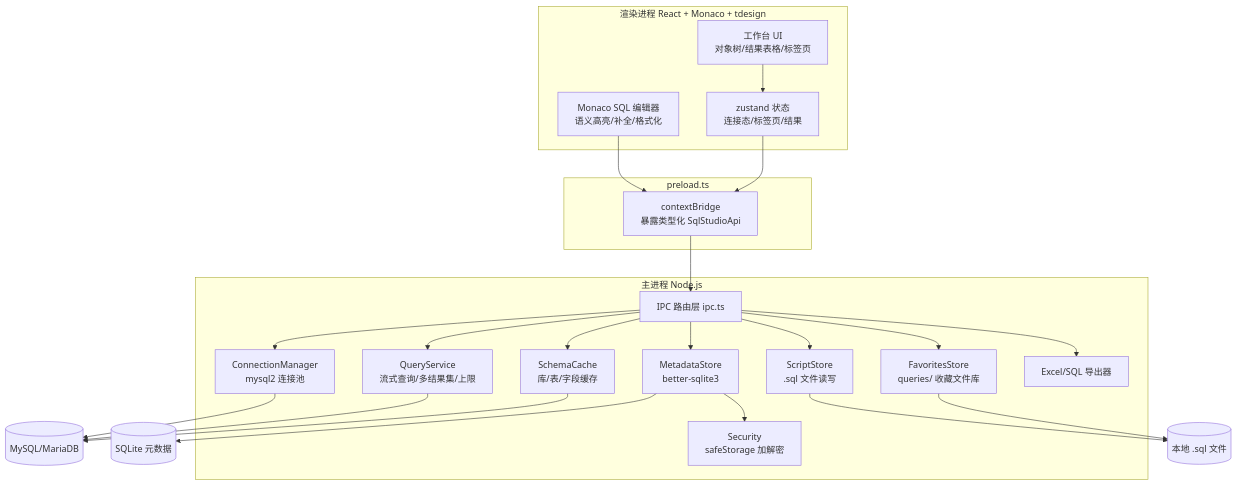
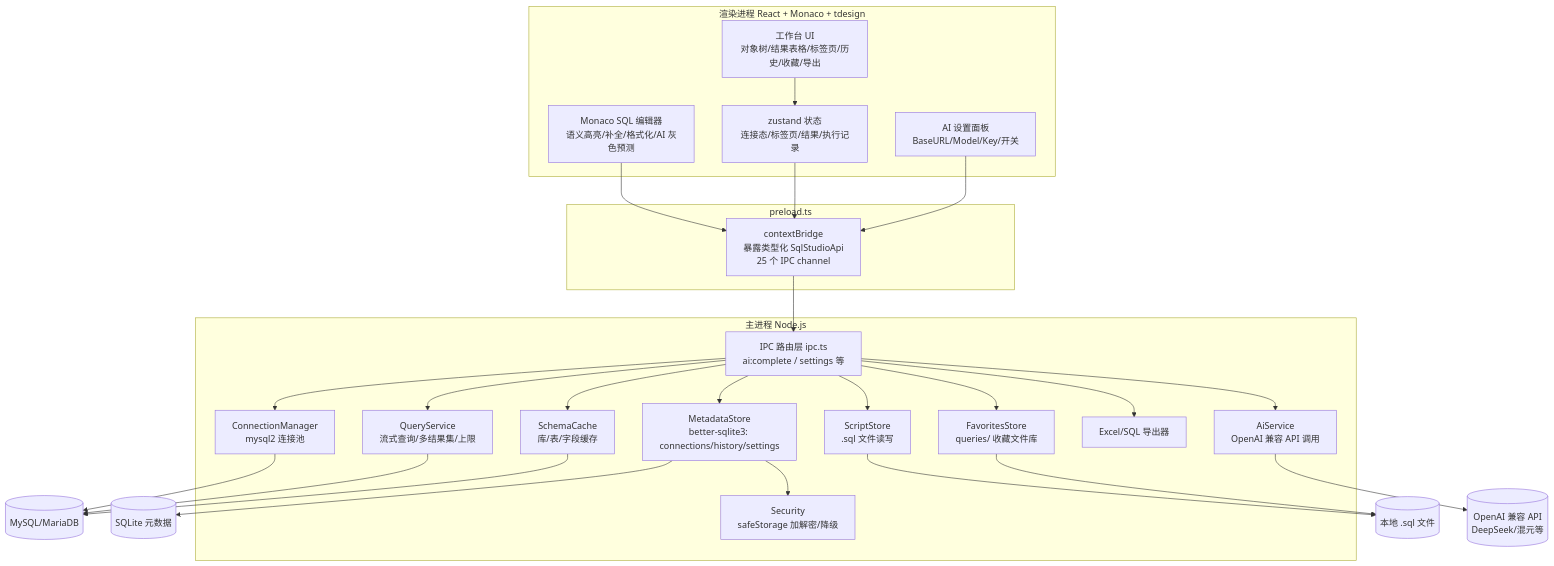
Before and after one commit to KingDoum/sql-studio: the diagram in docs/架构文档.md, drawn with Mermaid. The commit also changed other lines of this file and 1 other file, not shown here.

````diff
--- a/docs/架构文档.md
+++ b/docs/架构文档.md
@@ -95,37 +131,42 @@
 ```mermaid
 graph TD
     subgraph Renderer["渲染进程 React + Monaco + tdesign"]
-        UI[工作台 UI<br/>对象树/结果表格/标签页]
-        Editor[Monaco SQL 编辑器<br/>语义高亮/补全/格式化]
-        Store[zustand 状态<br/>连接态/标签页/结果]
+        UI[工作台 UI<br/>对象树/结果表格/标签页/历史/收藏/导出]
+        Editor[Monaco SQL 编辑器<br/>语义高亮/补全/格式化/AI 灰色预测]
+        Store[zustand 状态<br/>连接态/标签页/结果/执行记录]
+        AIPanel[AI 设置面板<br/>BaseURL/Model/Key/开关]
     end
     subgraph Preload["preload.ts"]
-        API[contextBridge<br/>暴露类型化 SqlStudioApi]
+        API[contextBridge<br/>暴露类型化 SqlStudioApi<br/>25 个 IPC channel]
     end
     subgraph Main["主进程 Node.js"]
-        IPC[IPC 路由层 ipc.ts]
+        IPC[IPC 路由层 ipc.ts<br/>ai:complete / settings 等]
         CM[ConnectionManager<br/>mysql2 连接池]
         QS[QueryService<br/>流式查询/多结果集/上限]
         SC[SchemaCache<br/>库/表/字段缓存]
-        MS[MetadataStore<br/>better-sqlite3]
-        SEC[Security<br/>safeStorage 加解密]
+        MS[MetadataStore<br/>better-sqlite3: connections/history/settings]
+        SEC[Security<br/>safeStorage 加解密/降级]
         SS[ScriptStore<br/>.sql 文件读写]
-        FS2[FavoritesStore<br/>queries/ 收藏文件库]
+        FS[FavoritesStore<br/>queries/ 收藏文件库]
         EX[Excel/SQL 导出器]
+        AI[AiService<br/>OpenAI 兼容 API 调用]
     end
     DB[(MySQL/MariaDB)]
-    FS[(本地 .sql 文件)]
+    FSYS[(本地 .sql 文件)]
     SQLITE[(SQLite 元数据)]
+    AIAPI[(OpenAI 兼容 API<br/>DeepSeek/混元等)]
     UI --> Store
     Editor --> API
     Store --> API
+    AIPanel --> API
     API --> IPC
     IPC --> CM --> DB
     IPC --> QS --> DB
     IPC --> SC --> DB
     IPC --> MS --> SQLITE
     MS --> SEC
-    IPC --> SS --> FS
-    IPC --> FS2 --> FS
+    IPC --> SS --> FSYS
+    IPC --> FS --> FSYS
     IPC --> EX
+    IPC --> AI --> AIAPI
 ```
````
